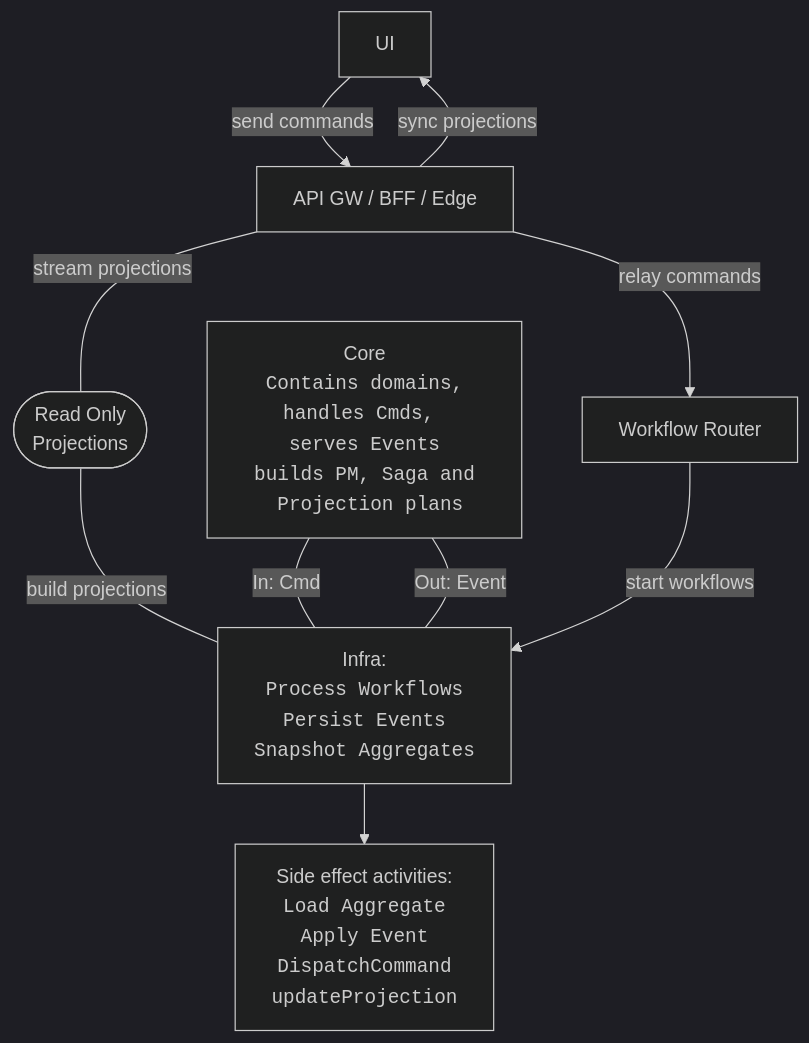
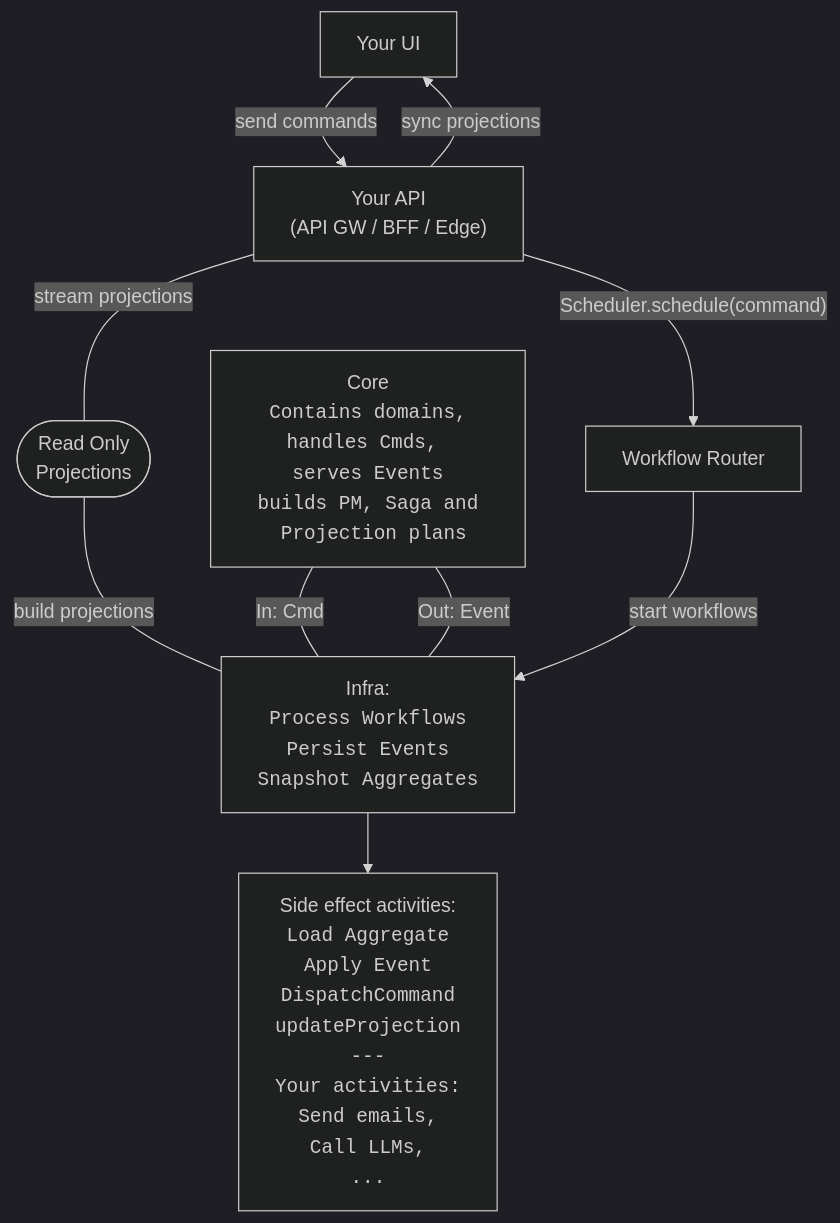
The diagram in docs/basics/project-structure.md (geeewhy/intent), drawn with Mermaid (dark theme) before and after one commit. The commit also changed 4 other files, not shown here.

Commit message:
docs(basics): add mermaid support

````diff
--- a/docs/basics/project-structure.md
+++ b/docs/basics/project-structure.md
@@ -31,22 +31,22 @@
 ```mermaid
 flowchart TB
-  UI["UI"]
-  APIGW["API GW / BFF / Edge"]
+  UI["Your UI"]
+  APIGW["Your API<br>(API GW / BFF / Edge)"]
   Projections(["Read Only<br>Projections"])
   Core["Core<br><code>Contains domains,<br/>handles Cmds, serves Events<br>builds PM, Saga and<br/> Projection plans</code>"]
   Workflow["Infra:<br><code>Process Workflows<br>Persist Events<br>Snapshot Aggregates</code>"]
   Router["Workflow Router"]
-  Activities["Side effect activities:<br><code>Load Aggregate</code><br><code>Apply Event</code><br><code>DispatchCommand<br>updateProjection</code>"]
+  Activities["Side effect activities:<br><code>Load Aggregate</code><br><code>Apply Event</code><br><code>DispatchCommand<br>updateProjection<br>---<br>Your activities:<br>Send emails,<br>Call LLMs,<br>...</code>"]
 
   APIGW -->|sync projections| UI
   UI -->|send commands| APIGW
-  APIGW -->|relay commands| Router
+  APIGW -->|"Scheduler.schedule(command)"| Router
   APIGW ---|stream projections| Projections
 
   Projections ---|build projections| Workflow
   Core ---|In: Cmd| Workflow
   Core ---|Out: Event| Workflow
   Router -->|start workflows| Workflow
 
   Workflow --> Activities
 ```
````
